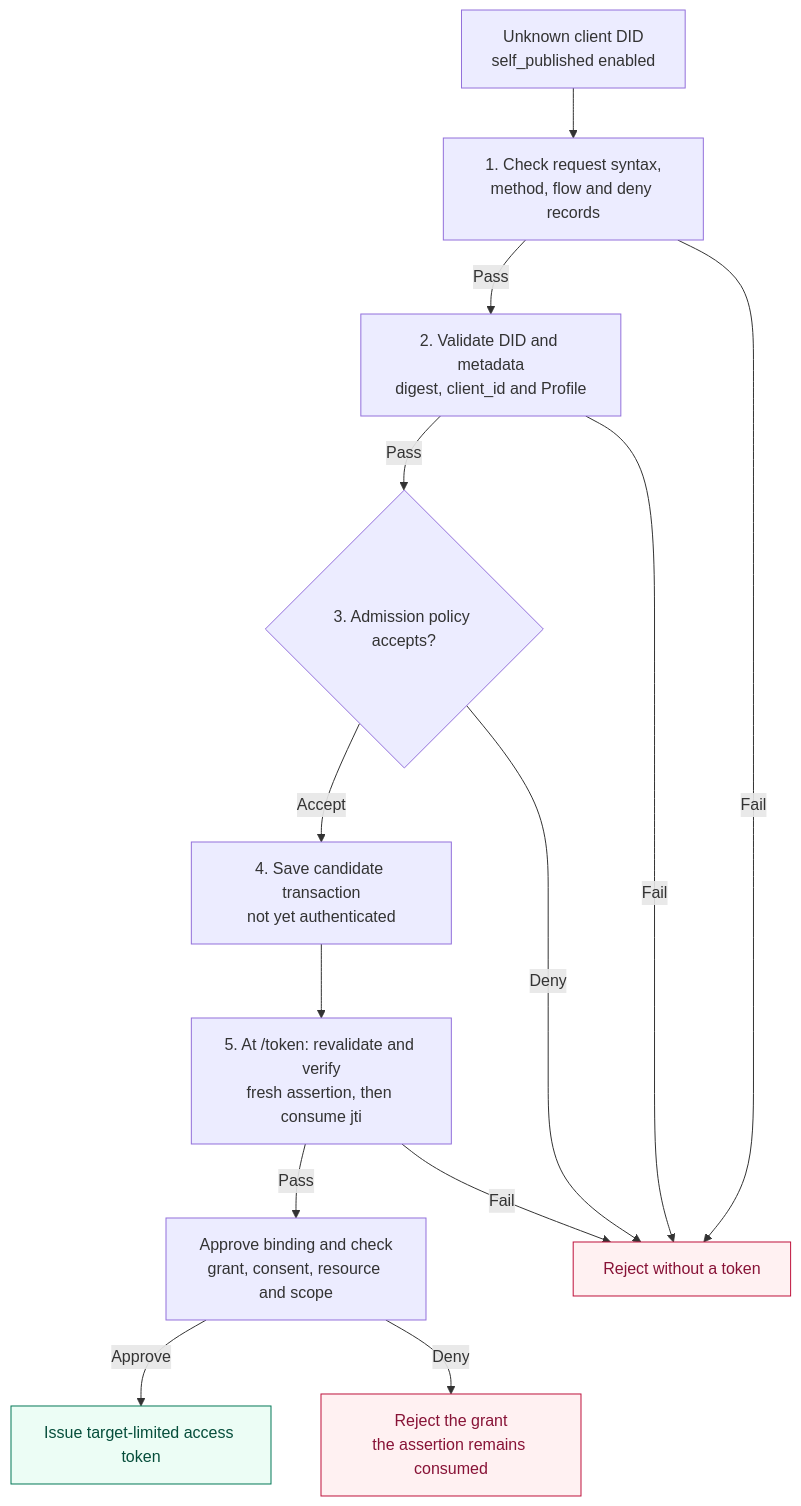
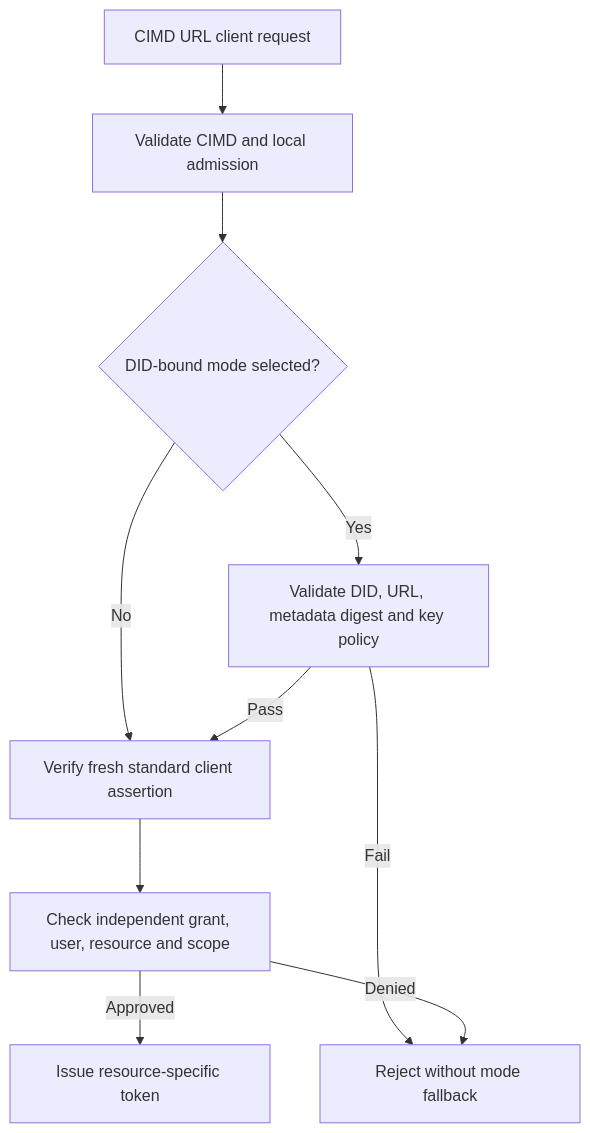
Before and after one commit to agent-network-protocol/AgentNetworkProtocol: the third of 7 diagrams in 05-anp-did-authorization-protocol-specification.md, drawn with Mermaid. The commit also changed other lines of this file and 12 other files, not shown here.

Commit message:
docs: associate ANP-05 DIDs with standard CIMD clients

````diff
--- a/05-anp-did-authorization-protocol-specification.md
+++ b/05-anp-did-authorization-protocol-specification.md
@@ -254,29 +263,12 @@
 ```mermaid
 flowchart TD
-  Request["Unknown client DID<br/>self_published enabled"]
-  Precheck["1. Check request syntax,<br/>method, flow and deny records"]
-  Discover["2. Validate DID and metadata<br/>digest, client_id and Profile"]
-  Admission{"3. Admission policy accepts?"}
-  Candidate["4. Save candidate transaction<br/>not yet authenticated"]
-  Proof["5. At /token: revalidate and verify<br/>fresh assertion, then consume jti"]
-  Grant["Approve binding and check<br/>grant, consent, resource and scope"]
-  Issue["Issue target-limited access token"]
-  Reject["Reject without a token"]
-  ConsumedReject["Reject the grant<br/>the assertion remains consumed"]
-  Request --> Precheck
-  Precheck -->|"Pass"| Discover
-  Precheck -->|"Fail"| Reject
-  Discover -->|"Pass"| Admission
-  Discover -->|"Fail"| Reject
-  Admission -->|"Accept"| Candidate
-  Admission -->|"Deny"| Reject
-  Candidate --> Proof
-  Proof -->|"Pass"| Grant
-  Proof -->|"Fail"| Reject
-  Grant -->|"Approve"| Issue
-  Grant -->|"Deny"| ConsumedReject
-  classDef reject fill:#fff1f2,stroke:#be123c,color:#881337
-  class Reject,ConsumedReject reject
-  classDef allow fill:#ecfdf5,stroke:#047857,color:#064e3b
-  class Issue allow
+  Request["CIMD URL client request"] --> Metadata["Validate CIMD and local admission"]
+  Metadata --> Mode{"DID-bound mode selected?"}
+  Mode -->|"Yes"| Binding["Validate DID, URL, metadata digest and key policy"]
+  Mode -->|"No"| Proof["Verify fresh standard client assertion"]
+  Binding -->|"Pass"| Proof
+  Binding -->|"Fail"| Reject["Reject without mode fallback"]
+  Proof --> Grant["Check independent grant, user, resource and scope"]
+  Grant -->|"Approved"| Token["Issue resource-specific token"]
+  Grant -->|"Denied"| Reject
 ```
````
